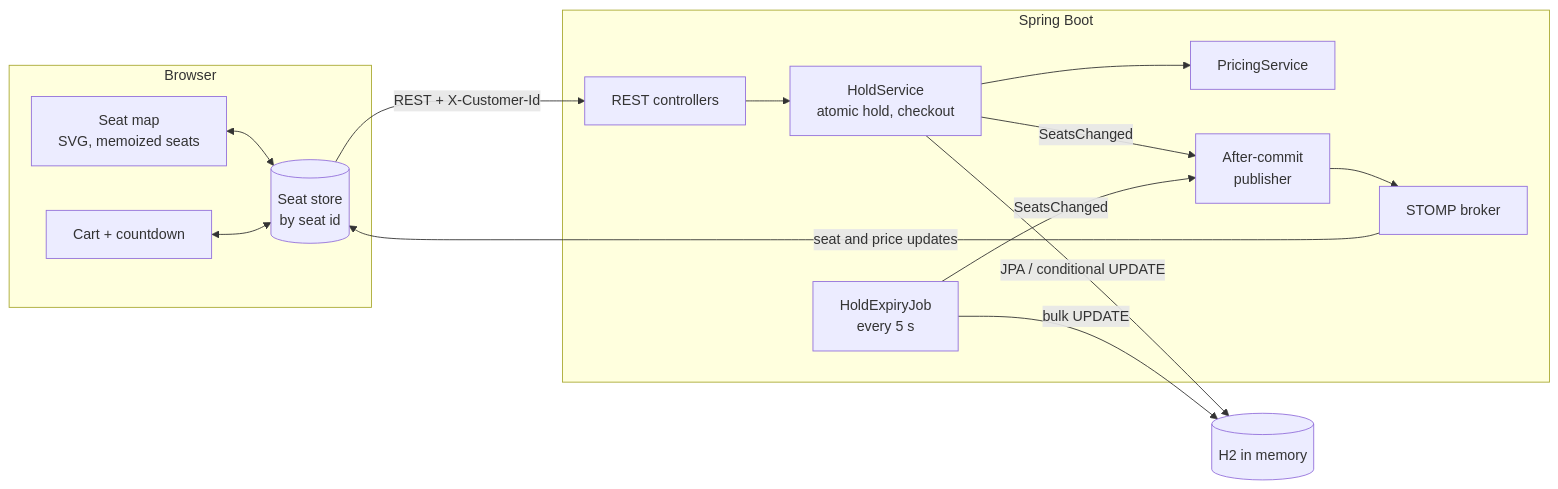
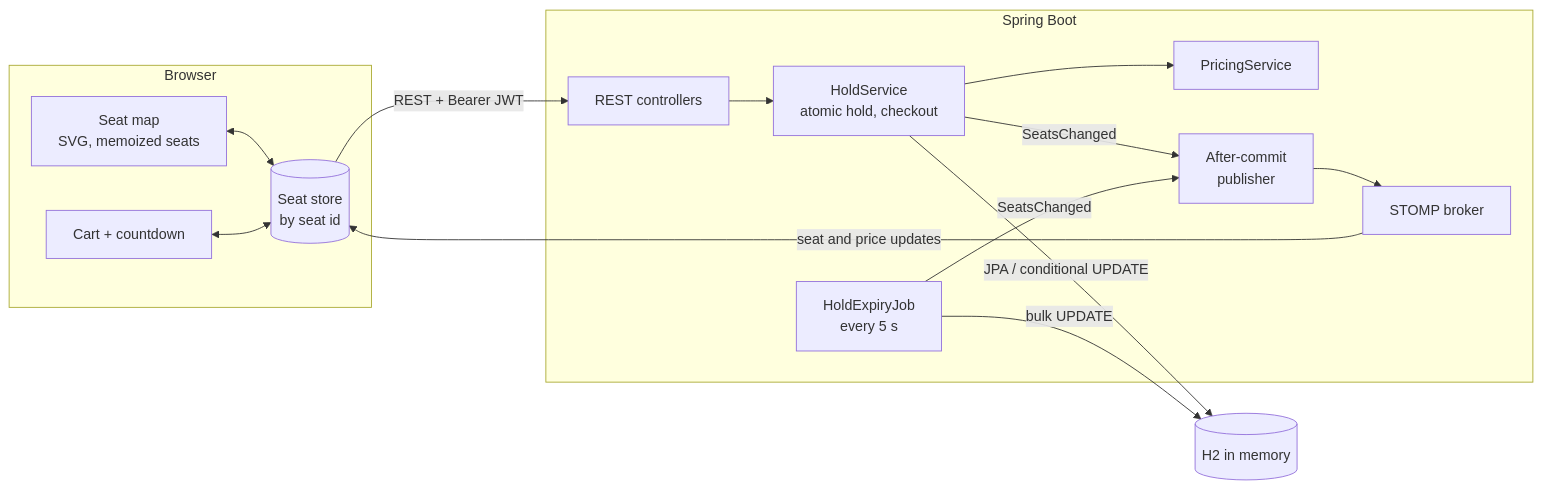
The diagram in .wiki/Architecture.md (amalps565/theater-arena-booking), drawn with Mermaid before and after one commit. The commit also changed other lines of this file and 14 other files, not shown here.

````diff
--- a/.wiki/Architecture.md
+++ b/.wiki/Architecture.md
@@ -5,29 +5,29 @@
 ```mermaid
 flowchart LR
     subgraph Browser
         Map[Seat map<br/>SVG, memoized seats]
         Store[(Seat store<br/>by seat id)]
         Cart[Cart + countdown]
         Map <--> Store
         Cart <--> Store
     end
     subgraph Server[Spring Boot]
         API[REST controllers]
         Hold[HoldService<br/>atomic hold, checkout]
         Price[PricingService]
         Job[HoldExpiryJob<br/>every 5 s]
         Pub[After-commit<br/>publisher]
         WS[STOMP broker]
         API --> Hold
         Hold --> Price
         Hold -- SeatsChanged --> Pub
         Job -- SeatsChanged --> Pub
         Pub --> WS
     end
     DB[(H2 in memory)]
 
-    Store -- "REST + X-Customer-Id" --> API
+    Store -- "REST + Bearer JWT" --> API
     Hold -- JPA / conditional UPDATE --> DB
     Job -- bulk UPDATE --> DB
     WS -- "seat and price updates" --> Store
 ```
````
